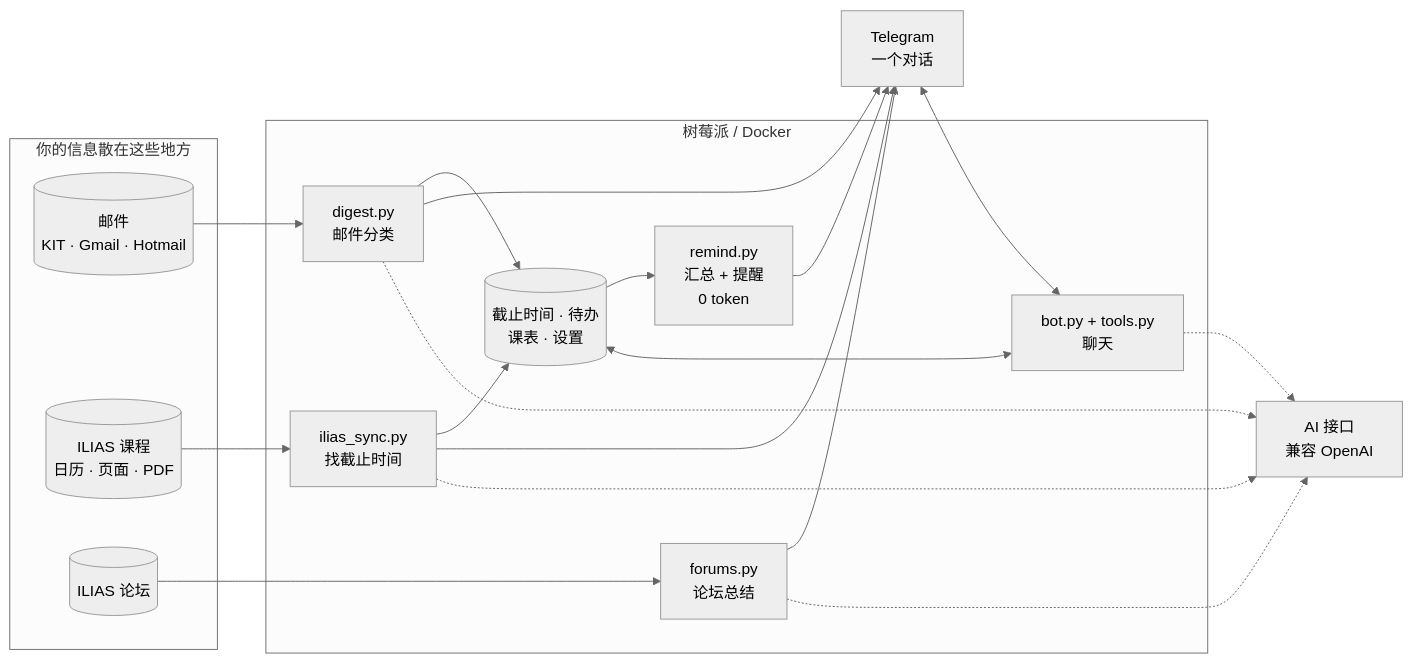
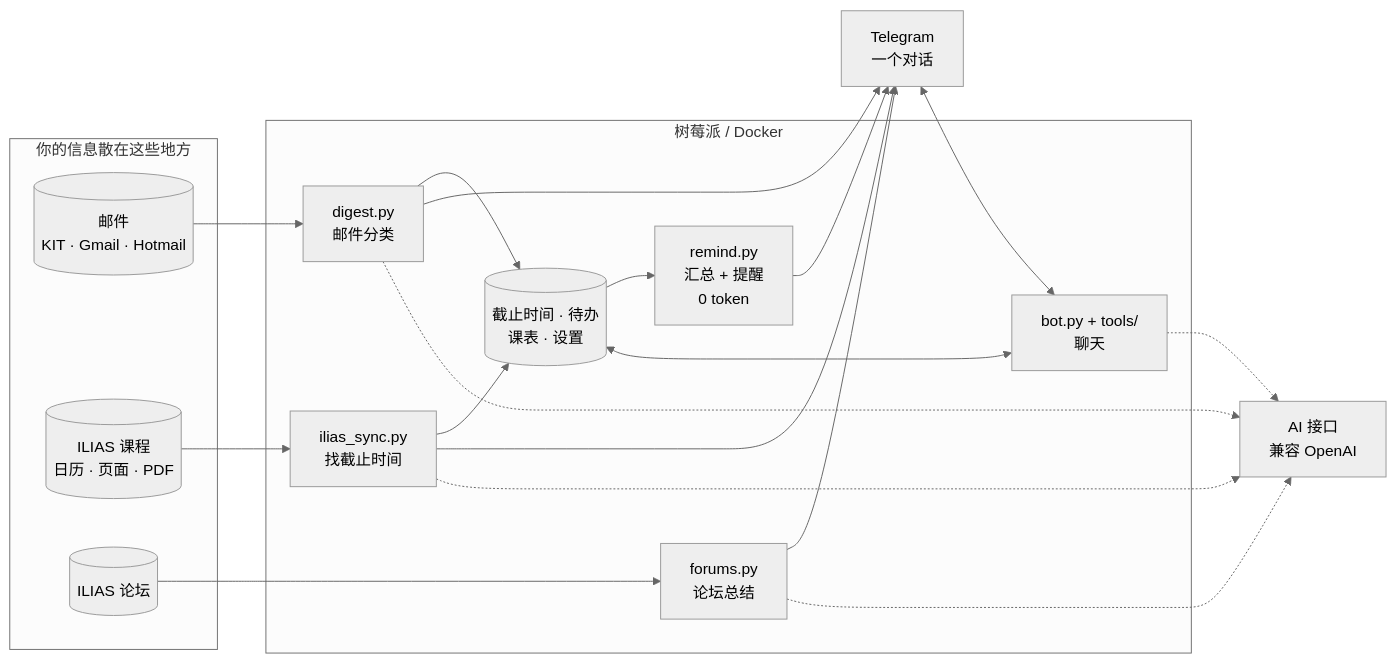
One commit to lattiezhao-a11y/kit-study-assistant changed the diagram in README.zh-CN.md. Above: the diagram before and after it, drawn with Mermaid (neutral theme). The commit also changed other lines of this file and 27 other files, not shown here.

````diff
--- a/README.zh-CN.md
+++ b/README.zh-CN.md
@@ -81,26 +81,26 @@
 ```mermaid
 flowchart LR
     subgraph SRC["你的信息散在这些地方"]
         MAIL[("邮件<br/>KIT · Gmail · Hotmail")]
         ILIAS[("ILIAS 课程<br/>日历 · 页面 · PDF")]
         FORUM[("ILIAS 论坛")]
     end
     subgraph BOX["树莓派 / Docker"]
         D["digest.py<br/>邮件分类"]
         I["ilias_sync.py<br/>找截止时间"]
         F["forums.py<br/>论坛总结"]
         DATA[("截止时间 · 待办<br/>课表 · 设置")]
         R["remind.py<br/>汇总 + 提醒<br/>0 token"]
-        B["bot.py + tools.py<br/>聊天"]
+        B["bot.py + tools/<br/>聊天"]
     end
     MAIL --> D
     ILIAS --> I
     FORUM --> F
     D --> DATA
     I --> DATA
     DATA --> R
     B <--> DATA
     D & I & F & R --> TG["Telegram<br/>一个对话"]
     TG <--> B
     D & I & F & B -.-> LLM["AI 接口<br/>兼容 OpenAI"]
 ```
````
